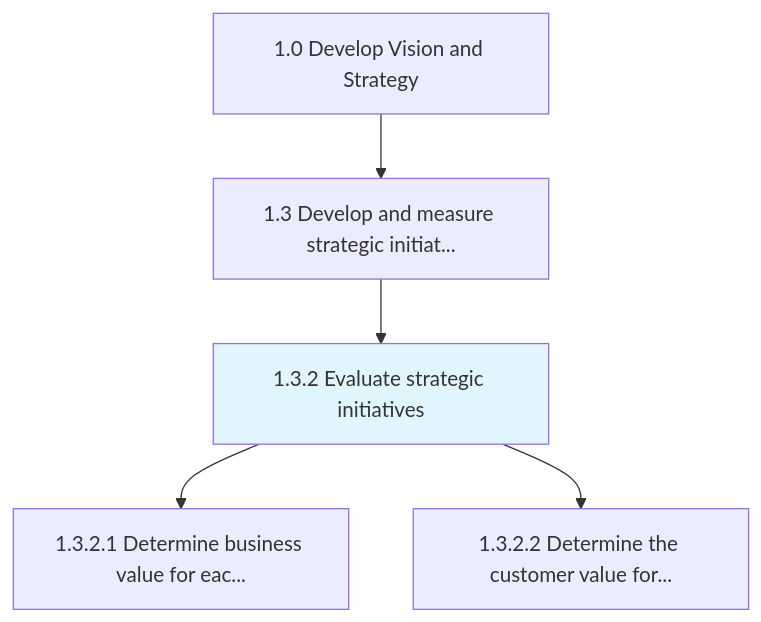
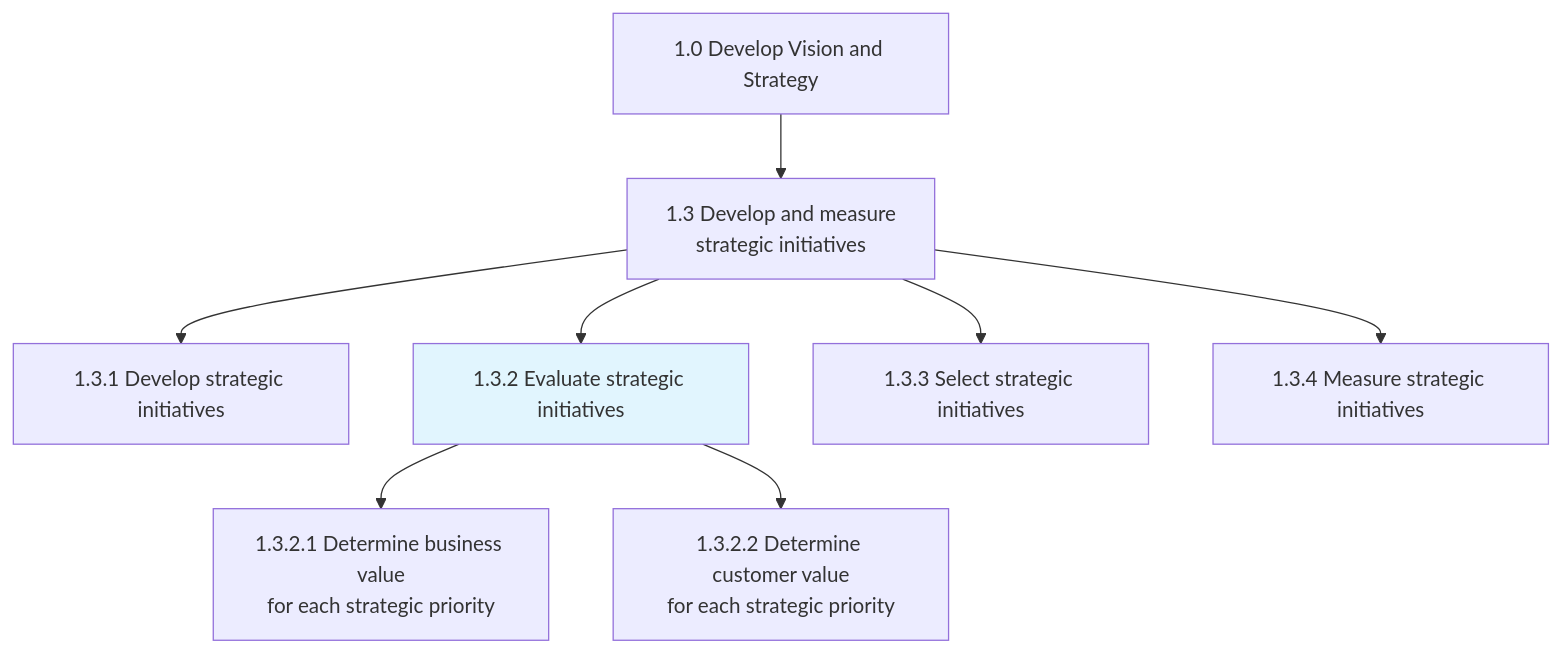
One commit to kziemski/business.org.ai changed the first of 3 diagrams in processes/01-Strategy/1.3-DevelopMeasureStrategicInitiatives/1.3.2-EvaluateStrategicInitiatives/index.mdx. Above: the diagram before and after it, drawn with Mermaid. The commit also changed other lines of this file and 67 other files, not shown here.

````diff
--- a/processes/01-Strategy/1.3-DevelopMeasureStrategicInitiatives/1.3.2-EvaluateStrategicInitiatives/index.mdx
+++ b/processes/01-Strategy/1.3-DevelopMeasureStrategicInitiatives/1.3.2-EvaluateStrategicInitiatives/index.mdx
@@ -25,9 +27,14 @@
 ```mermaid
 graph TD
     C1["1.0 Develop Vision and Strategy"]
-    C1 --> N1_3["1.3 Develop and measure strategic initiat..."]
-    N1_3 --> N1_3_2["1.3.2 Evaluate strategic initiatives"]
-    style N1_3_2 fill:#e1f5fe
-    N1_3_2 --> N1_3_2_1["1.3.2.1 Determine business value for eac..."]
-    N1_3_2 --> N1_3_2_2["1.3.2.2 Determine the customer value for..."]
+    C1 --> G13["1.3 Develop and measure<br/>strategic initiatives"]
+
+    G13 --> P131["1.3.1 Develop strategic initiatives"]
+    G13 --> P132["1.3.2 Evaluate strategic initiatives"]
+    G13 --> P133["1.3.3 Select strategic initiatives"]
+    G13 --> P134["1.3.4 Measure strategic initiatives"]
+
+    style P132 fill:#e1f5fe
+    P132 --> A1321["1.3.2.1 Determine business value<br/>for each strategic priority"]
+    P132 --> A1322["1.3.2.2 Determine customer value<br/>for each strategic priority"]
 ```
````
